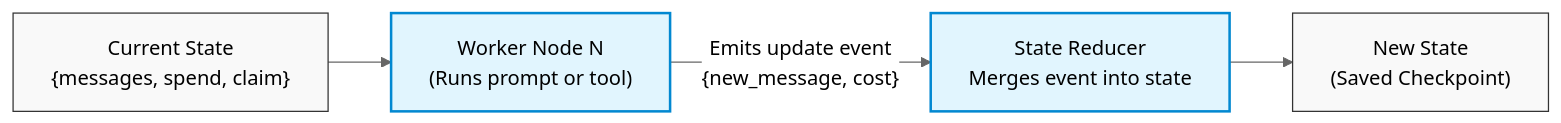
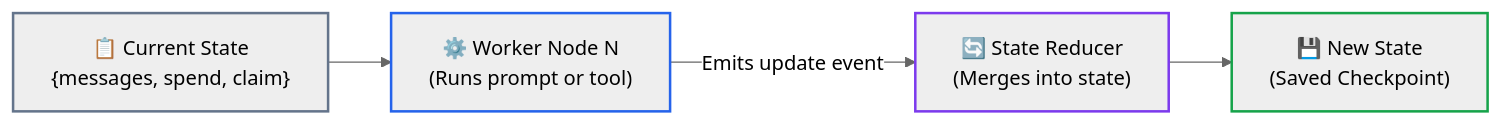
Before and after one commit to dip4k/senior-engineer-to-ai-engineer-roadmap: the second of 6 diagrams in 04-agentic-systems-and-orchestration/03-stateful-sessions-and-durable-wal-persistence.md, drawn with Mermaid (neutral theme). The commit also changed other lines of this file and 94 other files, not shown here.

Commit message:
refactor(curriculum): complete Phase 04 upgrade and enforce diagram renderer invariants

````diff
--- a/04-agentic-systems-and-orchestration/03-stateful-sessions-and-durable-wal-persistence.md
+++ b/04-agentic-systems-and-orchestration/03-stateful-sessions-and-durable-wal-persistence.md
@@ -54,9 +66,11 @@
 ```mermaid
 flowchart LR
-    classDef node fill:#e1f5fe,stroke:#0288d1,stroke-width:2px;
-    classDef state fill:#f9f9f9,stroke:#333,stroke-width:1px;
+    StateT["📋 Current State<br>{messages, spend, claim}"] --> Node["⚙️ Worker Node N<br>(Runs prompt or tool)"]
+    Node -->|"Emits update event"| Reducer["🔄 State Reducer<br>(Merges into state)"]
+    Reducer --> StateNext["💾 New State<br>(Saved Checkpoint)"]
 
-    StateT["Current State\n{messages, spend, claim}"]:::state --> Node["Worker Node N\n(Runs prompt or tool)"]:::node
-    Node -->|"Emits update event\n{new_message, cost}"| Reducer["State Reducer\nMerges event into state"]:::node
-    Reducer --> StateNext["New State\n(Saved Checkpoint)"]:::state
+    style StateT stroke:#64748b,stroke-width:2px
+    style Node stroke:#2563eb,stroke-width:2px
+    style Reducer stroke:#7c3aed,stroke-width:2px
+    style StateNext stroke:#16a34a,stroke-width:2px
 ```
````
